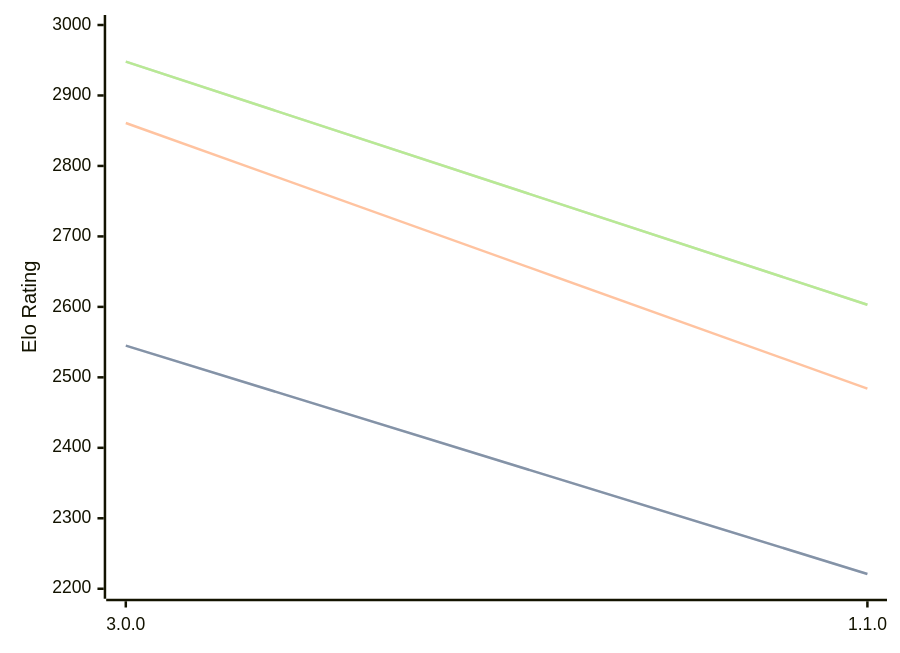
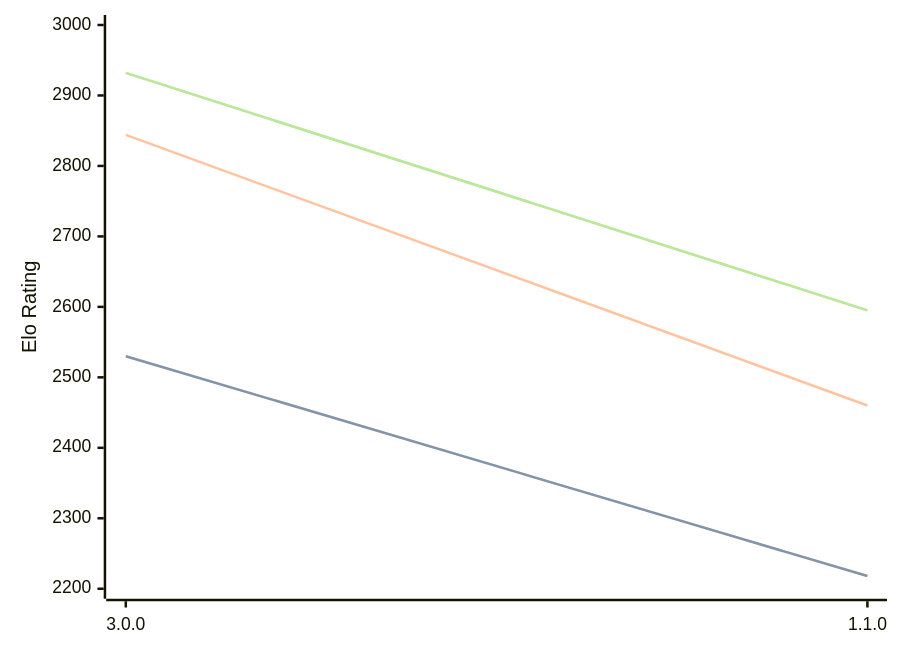
Before and after one commit to computer-chess-index/cci: the diagram in engines/Potential.md, drawn with Mermaid. The commit also changed other lines of this file, not shown here.

Commit message:
Update CCI Ratings (ELO VLTC) - 2026-05-20

````diff
--- a/engines/Potential.md
+++ b/engines/Potential.md
@@ -34,11 +34,11 @@
 ```mermaid
 %%{init: {"theme":"base","themeVariables":{"seriesColors:['#a3a3a3','#222221','#faa371']}}}%%
 xychart-beta
   x-axis ["3.0.0", "1.1.0"]
   y-axis "Elo Rating" 2200 --> 3000
-  line "STC (8.0+0.08s)" [2545, 2221]
-  line "STC (8.0+0.08s)" [2545, 2221]
-  line "LTC (60.0+0.60s)" [2861, 2484]
-  line "VLTC (2m24s+1.12s)" [2948, 2603]
-  line "VLTC (2m24s+1.12s)" [2948, 2603]
+  line "STC (8.0+0.08s)" [2530, 2218]
+  line "STC (8.0+0.08s)" [2530, 2218]
+  line "LTC (60.0+0.60s)" [2844, 2460]
+  line "VLTC (2m24s+1.12s)" [2932, 2595]
+  line "VLTC (2m24s+1.12s)" [2932, 2595]
 ```
````
